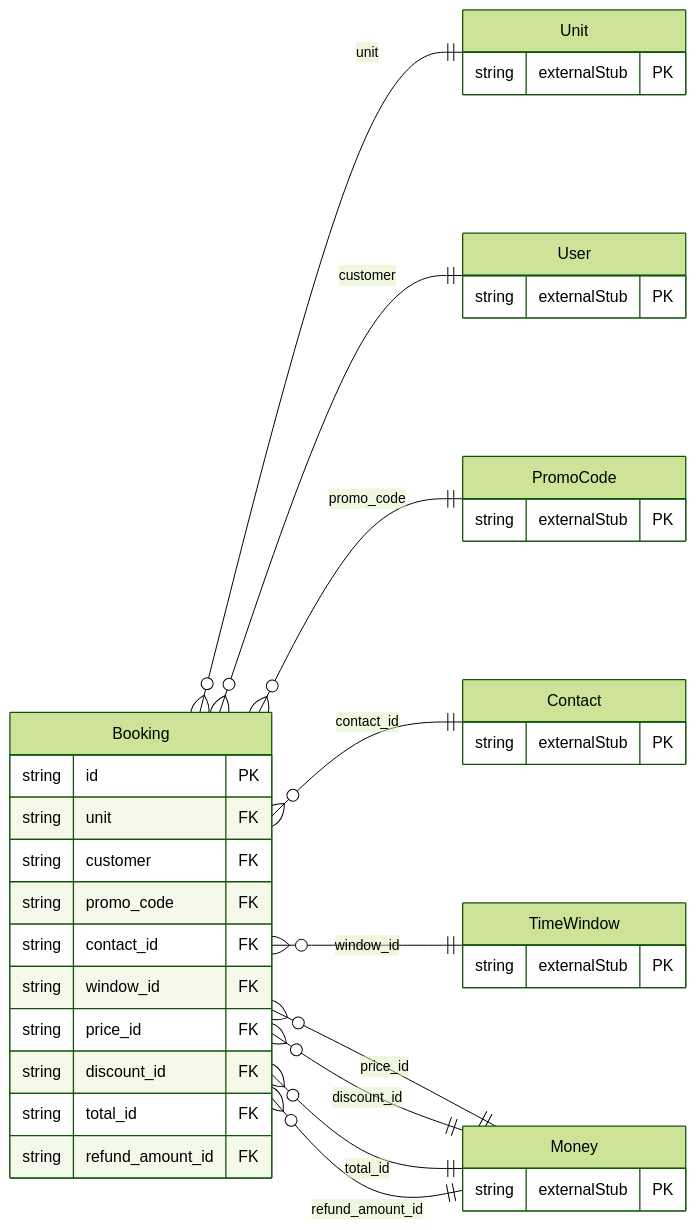
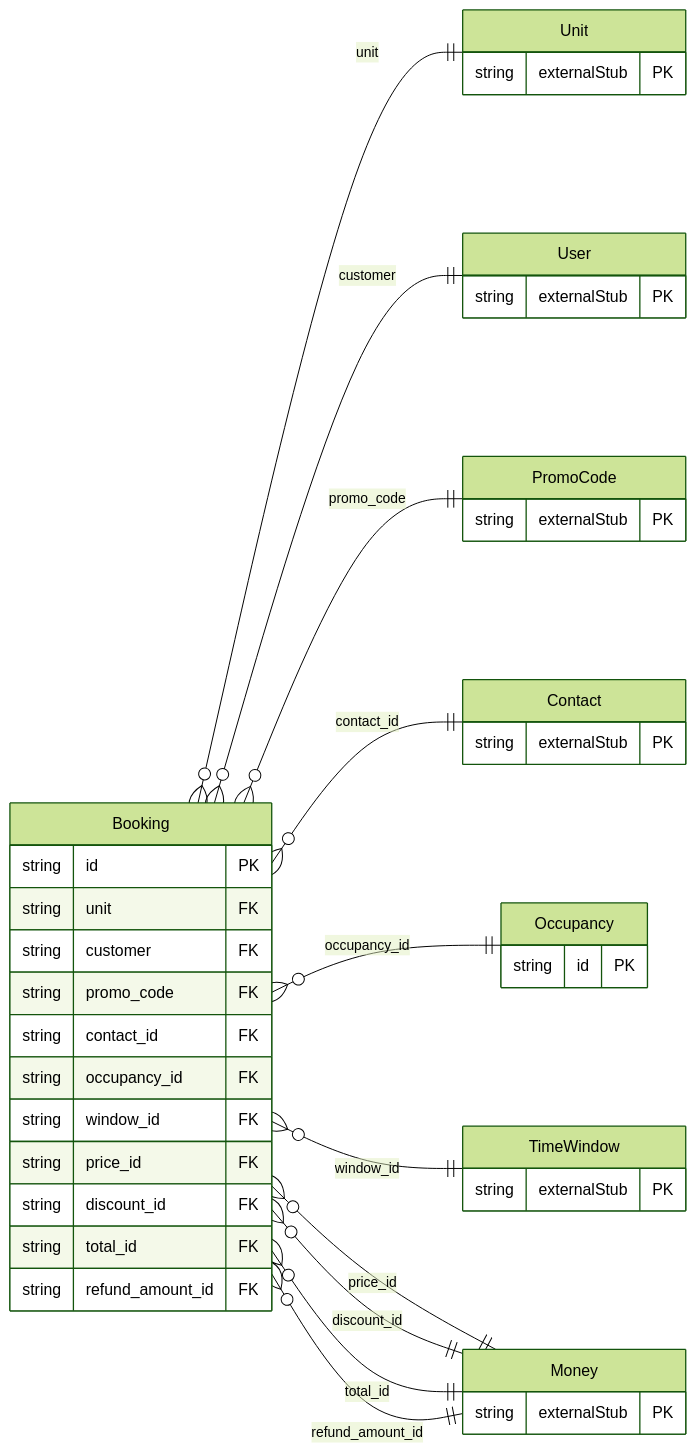
One commit to oh-tarnished/freebusy changed the diagram in protobuf/generated/prisma/freebusy/booking/README.md. Above: the diagram before and after it, drawn with Mermaid (forest theme). The commit also changed other lines of this file and 147 other files, not shown here.

````diff
--- a/protobuf/generated/prisma/freebusy/booking/README.md
+++ b/protobuf/generated/prisma/freebusy/booking/README.md
@@ -13,43 +13,48 @@
 ```mermaid
 erDiagram
     direction LR
     Booking {
         string id PK
         string unit FK
         string customer FK
         string promo_code FK
         string contact_id FK
+        string occupancy_id FK
         string window_id FK
         string price_id FK
         string discount_id FK
         string total_id FK
         string refund_amount_id FK
+    }
+    Occupancy {
+        string id PK
     }
     Contact {
         string externalStub PK
     }
     Money {
         string externalStub PK
     }
     PromoCode {
         string externalStub PK
     }
     TimeWindow {
         string externalStub PK
     }
     Unit {
         string externalStub PK
     }
     User {
         string externalStub PK
     }
     Booking }o--|| Unit : "unit"
     Booking }o--|| User : "customer"
     Booking }o--|| PromoCode : "promo_code"
     Booking }o--|| Contact : "contact_id"
+    Booking }o--|| Occupancy : "occupancy_id"
     Booking }o--|| TimeWindow : "window_id"
     Booking }o--|| Money : "price_id"
     Booking }o--|| Money : "discount_id"
     Booking }o--|| Money : "total_id"
     Booking }o--|| Money : "refund_amount_id"
 ```
````
